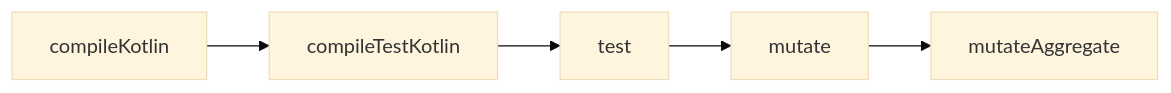
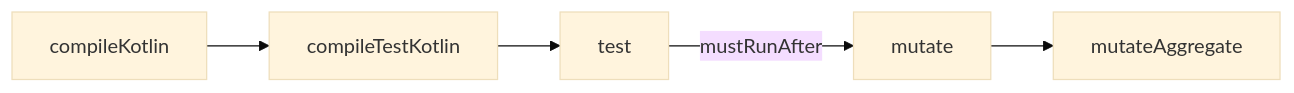
One commit to ioplane/mutaktor changed the fifth of 6 diagrams in docs/ru/01-architecture.md. Above: the diagram before and after it, drawn with Mermaid (base theme). The commit also changed other lines of this file and 13 other files, not shown here.

````diff
--- a/docs/ru/01-architecture.md
+++ b/docs/ru/01-architecture.md
@@ -152,7 +236,7 @@
 ```mermaid
 flowchart LR
     compileKotlin --> compileTestKotlin
     compileTestKotlin --> test
-    test --> mutate
+    test -->|mustRunAfter| mutate
     mutate --> mutateAggregate
 ```
````
